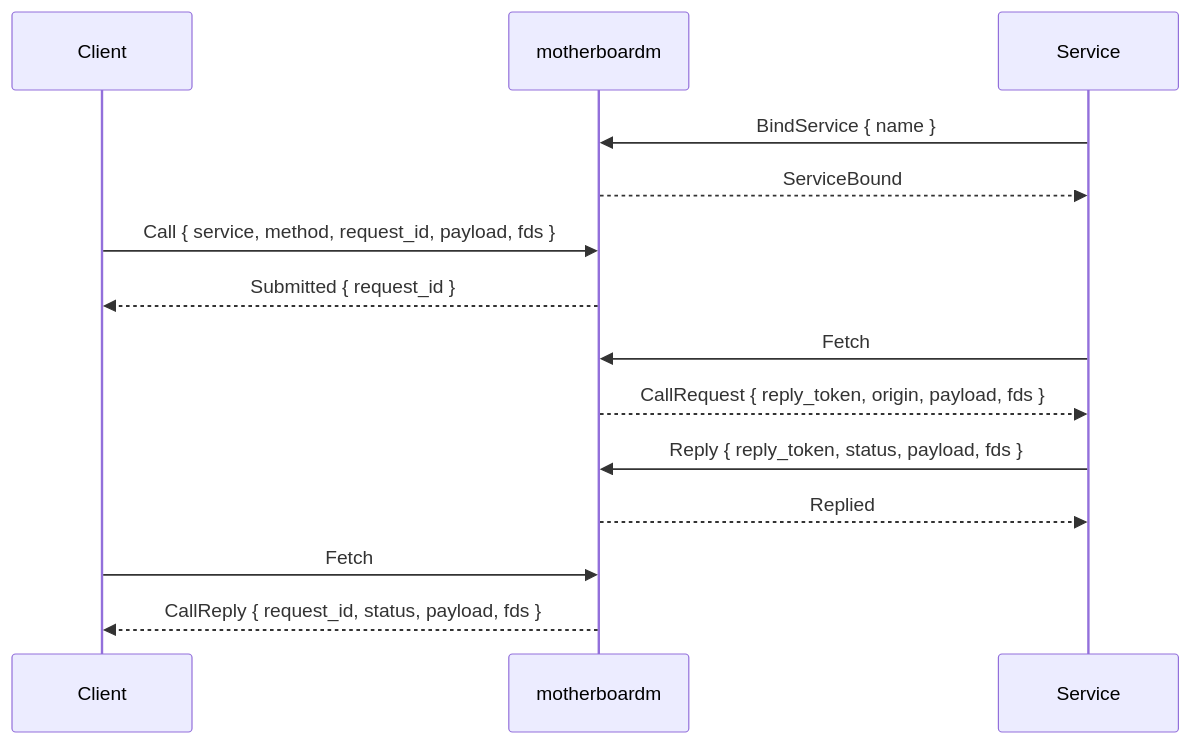
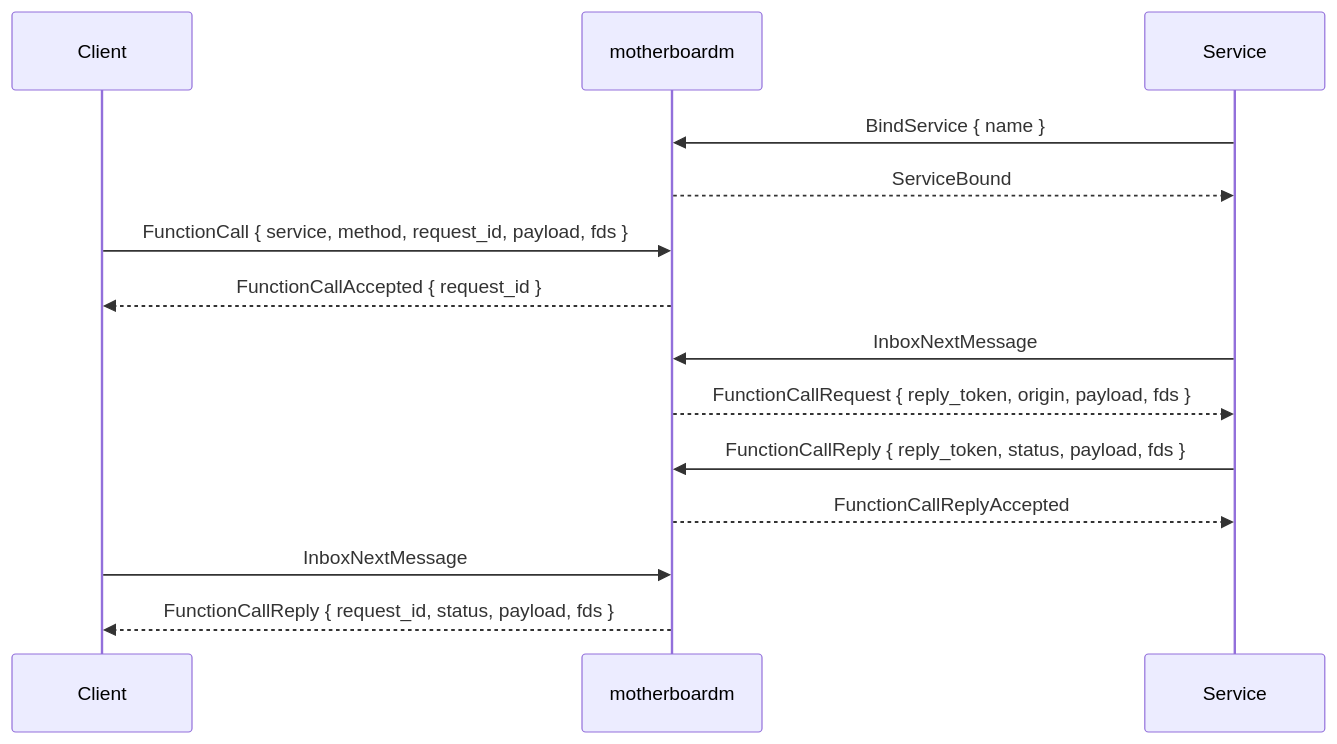
One commit to ardos-os/motherboard changed the second of 3 diagrams in README.md. Above: the diagram before and after it, drawn with Mermaid. The commit also changed other lines of this file and 22 other files, not shown here.

````diff
--- a/README.md
+++ b/README.md
@@ -91,21 +101,21 @@
 ```mermaid
 sequenceDiagram
     participant C as Client
     participant K as motherboardm
     participant S as Service
 
     S->>K: BindService { name }
     K-->>S: ServiceBound
 
-    C->>K: Call { service, method, request_id, payload, fds }
-    K-->>C: Submitted { request_id }
+    C->>K: FunctionCall { service, method, request_id, payload, fds }
+    K-->>C: FunctionCallAccepted { request_id }
 
-    S->>K: Fetch
-    K-->>S: CallRequest { reply_token, origin, payload, fds }
+    S->>K: InboxNextMessage
+    K-->>S: FunctionCallRequest { reply_token, origin, payload, fds }
 
-    S->>K: Reply { reply_token, status, payload, fds }
-    K-->>S: Replied
+    S->>K: FunctionCallReply { reply_token, status, payload, fds }
+    K-->>S: FunctionCallReplyAccepted
 
-    C->>K: Fetch
-    K-->>C: CallReply { request_id, status, payload, fds }
+    C->>K: InboxNextMessage
+    K-->>C: FunctionCallReply { request_id, status, payload, fds }
 ```
````
